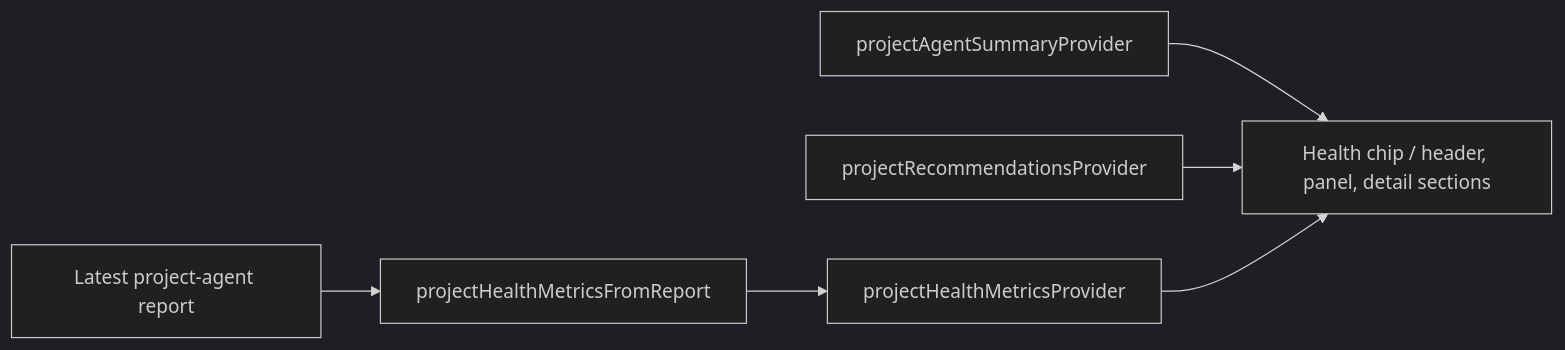
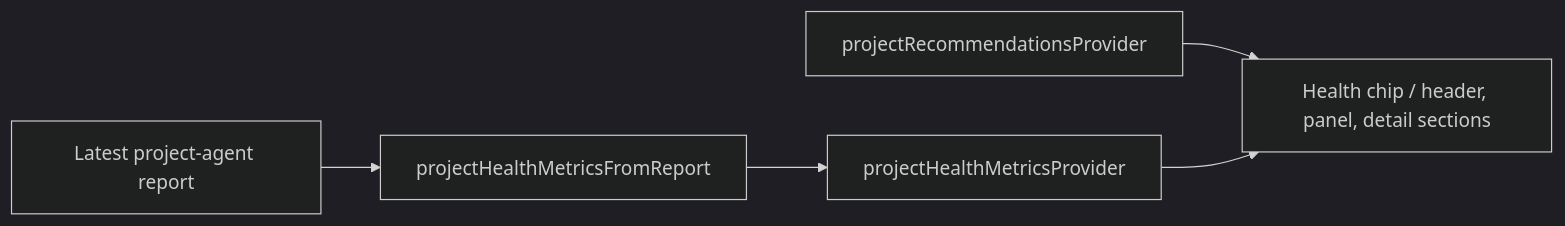
The third of 4 diagrams in knowledge/features/projects.md (matthiasn/lotti), drawn with Mermaid (dark theme) before and after one commit. The commit also changed other lines of this file and 33 other files, not shown here.

````diff
--- a/knowledge/features/projects.md
+++ b/knowledge/features/projects.md
@@ -108,8 +107,7 @@
 ```mermaid
 flowchart LR
   Report["Latest project-agent report"] --> Metrics["projectHealthMetricsFromReport"]
   Metrics --> HealthProv["projectHealthMetricsProvider"]
-  Summary["projectAgentSummaryProvider"] --> UI
   Recos["projectRecommendationsProvider"] --> UI
   HealthProv --> UI["Health chip / header, panel, detail sections"]
 ```
````
